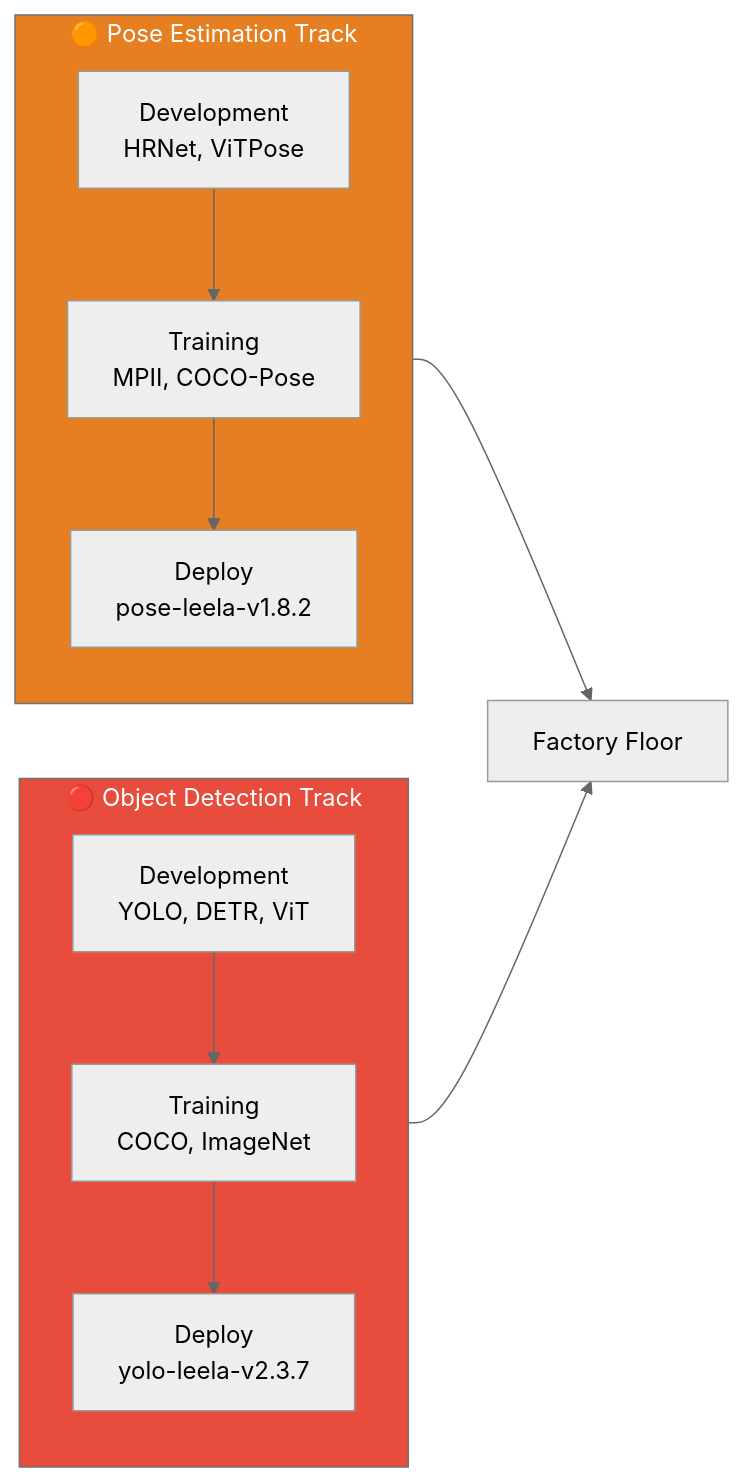
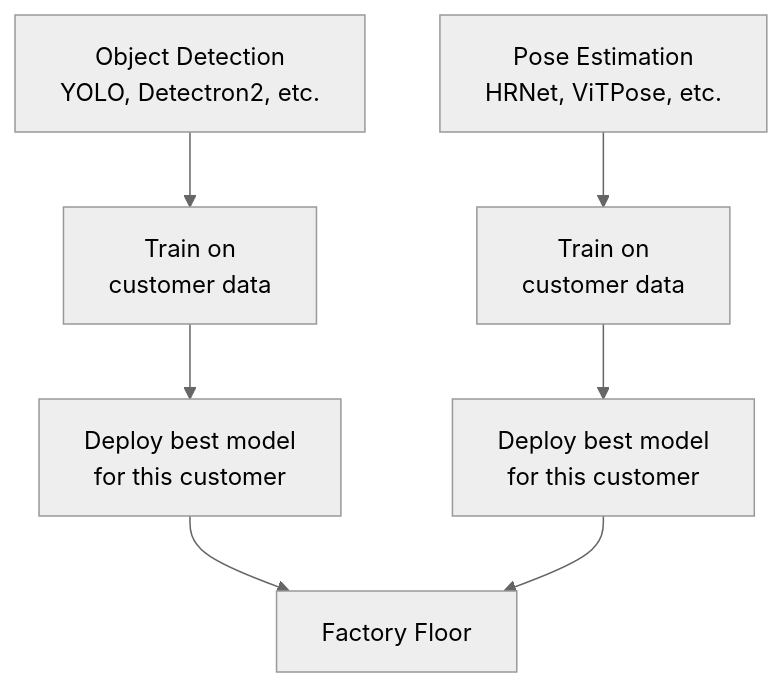
Before and after one commit to SimHacker/moollm: the second of 4 diagrams in examples/adventure-4/street/lane-neverending/leela-manufacturing/floor-1/README.md, drawn with Mermaid (neutral theme). The commit also changed other lines of this file and 1 other file, not shown here.

Commit message:
Remove fake model names and accuracy claims from Leela Manufacturing adventure room
Replaced yolo-leela-v2.3.7, pose-leela-v1.8.2, and fabricated accuracy
numbers (94.7% mAP, 92.3% PCK, 1847 GPU hours) with honest descriptions.
We use Detectron2, YOLO, HRNet, ViTPose etc. — best model selected per
customer deployment. No fake version numbers, no fake benchmarks.

````diff
--- a/examples/adventure-4/street/lane-neverending/leela-manufacturing/floor-1/README.md
+++ b/examples/adventure-4/street/lane-neverending/leela-manufacturing/floor-1/README.md
@@ -60,24 +60,9 @@
 ```mermaid
-flowchart LR
-    subgraph ObjectTrack["🔴 Object Detection Track"]
-        direction TB
-        OD["Development<br/>YOLO, DETR, ViT"]
-        OT["Training<br/>COCO, ImageNet"]
-        ODep["Deploy<br/>yolo-leela-v2.3.7"]
-        OD --> OT --> ODep
-    end
-    
-    subgraph PoseTrack["🟠 Pose Estimation Track"]
-        direction TB
-        PD["Development<br/>HRNet, ViTPose"]
-        PT["Training<br/>MPII, COCO-Pose"]
-        PDep["Deploy<br/>pose-leela-v1.8.2"]
-        PD --> PT --> PDep
-    end
-    
+flowchart TB
+    OD["Object Detection<br/>YOLO, Detectron2, etc."] --> OT["Train on<br/>customer data"]
+    OT --> ODep["Deploy best model<br/>for this customer"]
+    PD["Pose Estimation<br/>HRNet, ViTPose, etc."] --> PT["Train on<br/>customer data"]
+    PT --> PDep["Deploy best model<br/>for this customer"]
     ODep --> Processor["Factory Floor"]
     PDep --> Processor
-
-    style ObjectTrack fill:#e74c3c,color:#fff
-    style PoseTrack fill:#e67e22,color:#fff
 ```
````
